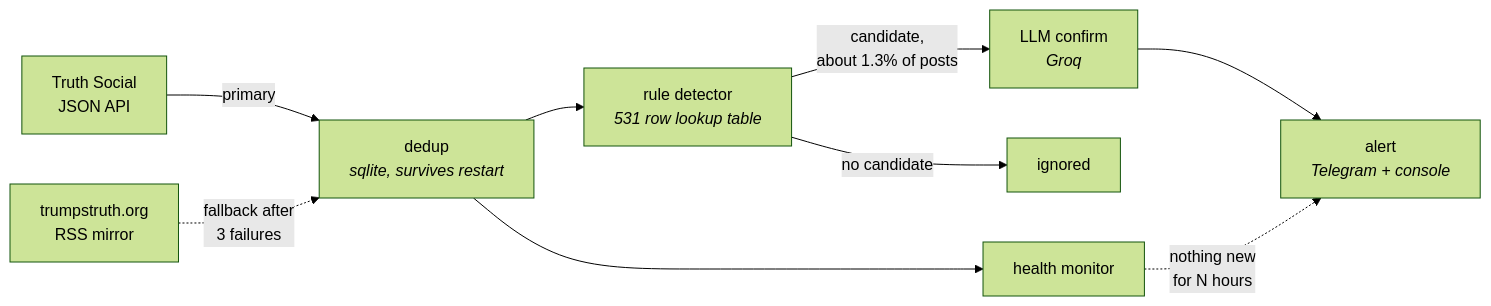
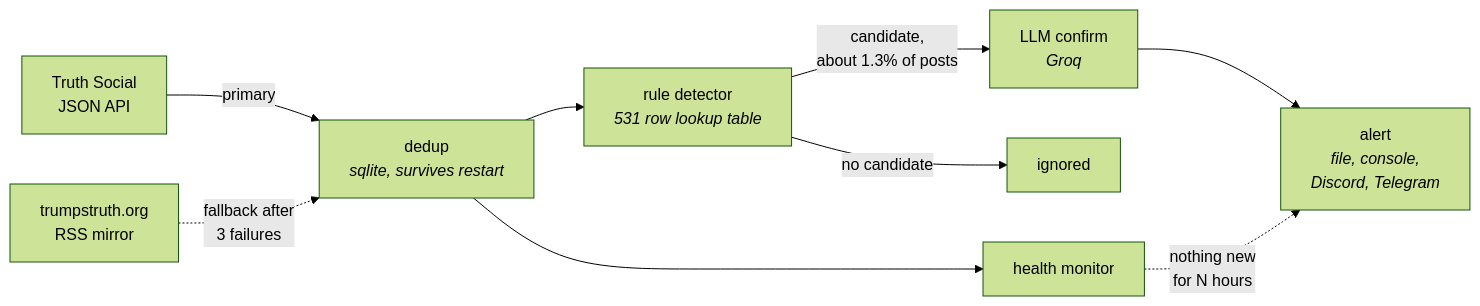
Before and after one commit to hoomanesteki/truth-social-stock-alert-agent: the diagram in README.md, drawn with Mermaid (forest theme). The commit also changed other lines of this file and 12 other files, not shown here.

````diff
--- a/README.md
+++ b/README.md
@@ -8,11 +8,11 @@
 ```mermaid
 flowchart LR
   A["Truth Social<br/>JSON API"] -->|primary| D["dedup<br/><i>sqlite, survives restart</i>"]
   B["trumpstruth.org<br/>RSS mirror"] -.->|"fallback after<br/>3 failures"| D
   D --> R["rule detector<br/><i>531 row lookup table</i>"]
   R -->|"candidate,<br/>about 1.3% of posts"| L["LLM confirm<br/><i>Groq</i>"]
   R -->|"no candidate"| X["ignored"]
-  L --> S["alert<br/><i>Telegram + console</i>"]
+  L --> S["alert<br/><i>file, console,<br/>Discord, Telegram</i>"]
   D --> H["health monitor"]
   H -.->|"nothing new<br/>for N hours"| S
 ```
````
